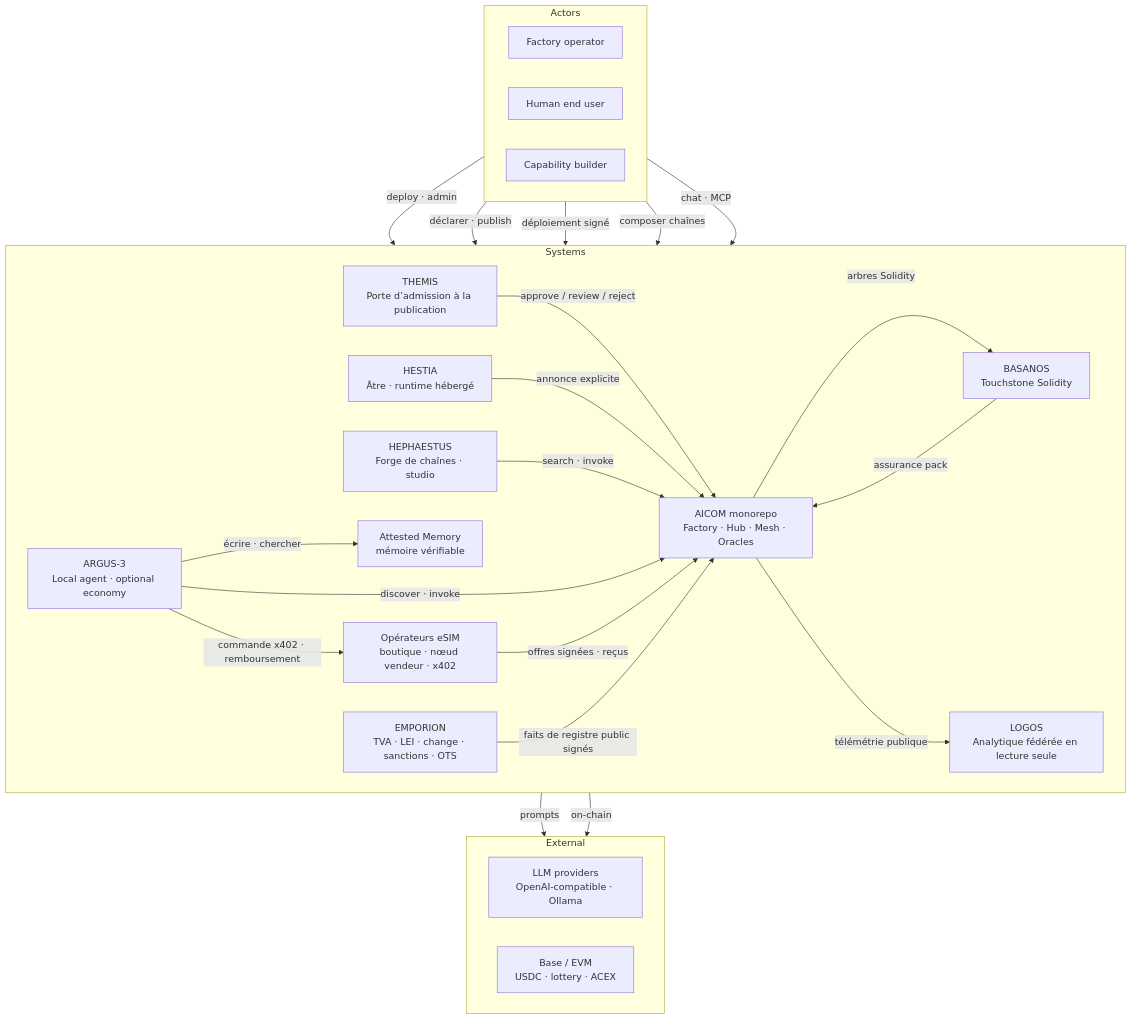
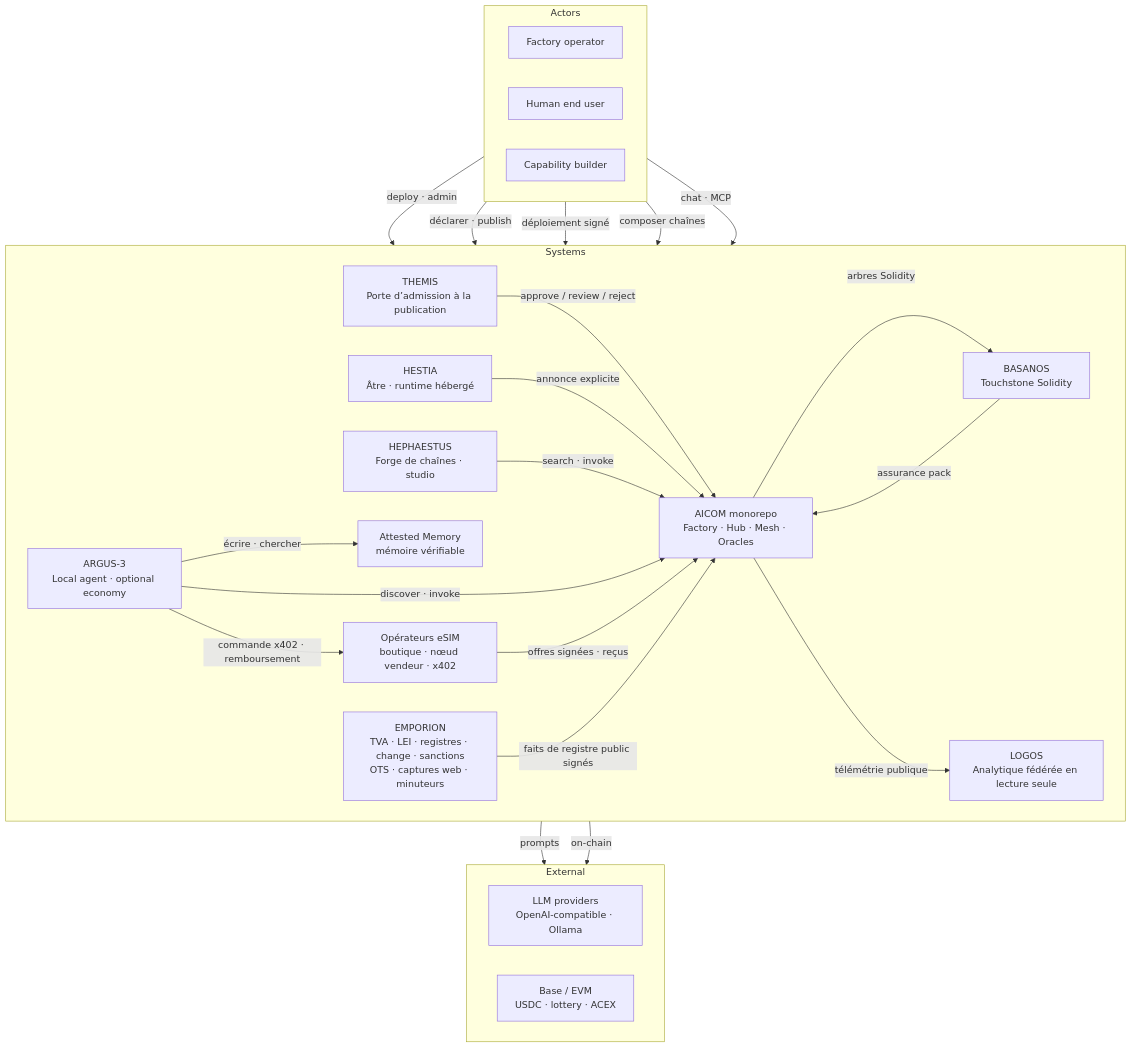
The second of 5 diagrams in docs/ecosystem/whitepaper/fr.md (alexar76/aicom), drawn with Mermaid before and after one commit. The commit also changed other lines of this file and 26 other files, not shown here.

````diff
--- a/docs/ecosystem/whitepaper/fr.md
+++ b/docs/ecosystem/whitepaper/fr.md
@@ -149,48 +149,48 @@
 ```mermaid
 flowchart TB
   subgraph actors["Actors"]
     direction LR
     operator["Factory operator"]
     enduser["Human end user"]
     builder["Capability builder"]
   end
 
   subgraph systems["Systems"]
     direction LR
     aicom["AICOM monorepo<br/>Factory · Hub · Mesh · Oracles"]
     themis["THEMIS<br/>Porte d’admission à la publication"]
     hestia["HESTIA<br/>Âtre · runtime hébergé"]
     basanos["BASANOS<br/>Touchstone Solidity"]
     hephaestus["HEPHAESTUS<br/>Forge de chaînes · studio"]
     logos["LOGOS<br/>Analytique fédérée en lecture seule"]
     argus["ARGUS-3<br/>Local agent · optional economy"]
     memory["Attested Memory<br/>mémoire vérifiable"]
     esim["Opérateurs eSIM<br/>boutique · nœud vendeur · x402"]
-    emporion["EMPORION<br/>TVA · LEI · change · sanctions · OTS"]
+    emporion["EMPORION<br/>TVA · LEI · registres · change · sanctions<br/>OTS · captures web · minuteurs"]
   end
 
   subgraph external["External"]
     direction LR
     llm["LLM providers<br/>OpenAI-compatible · Ollama"]
     chain["Base / EVM<br/>USDC · lottery · ACEX"]
   end
 
   operator -->|deploy · admin| aicom
   builder -->|déclarer · publish| themis
   themis -->|"approve / review / reject"| aicom
   builder -->|déploiement signé| hestia
   hestia -->|annonce explicite| aicom
   enduser -->|composer chaînes| hephaestus
   hephaestus -->|search · invoke| aicom
   aicom -->|arbres Solidity| basanos
   basanos -->|assurance pack| aicom
   enduser -->|chat · MCP| argus
   argus -->|discover · invoke| aicom
   argus -->|écrire · chercher| memory
   argus -->|commande x402 · remboursement| esim
   esim -->|offres signées · reçus| aicom
   emporion -->|faits de registre public signés| aicom
   aicom -->|télémétrie publique| logos
   aicom -->|prompts| llm
   aicom -->|on-chain| chain
 ```
````
